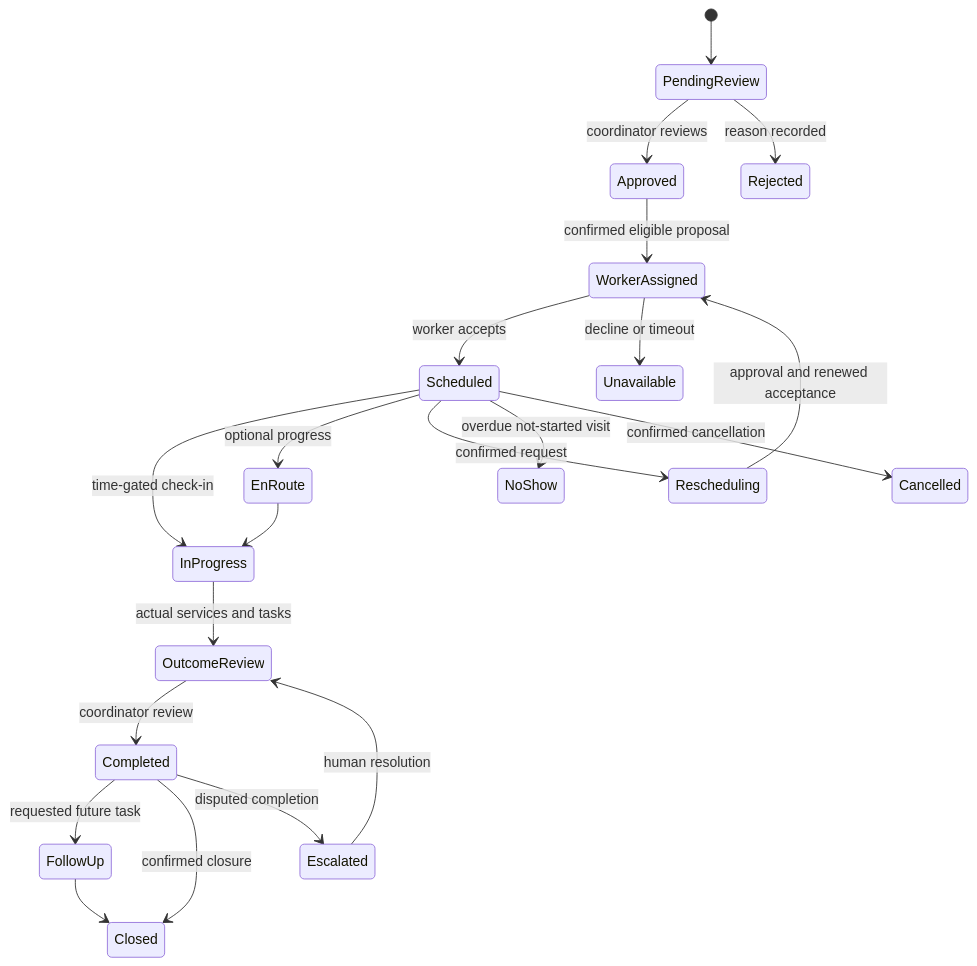
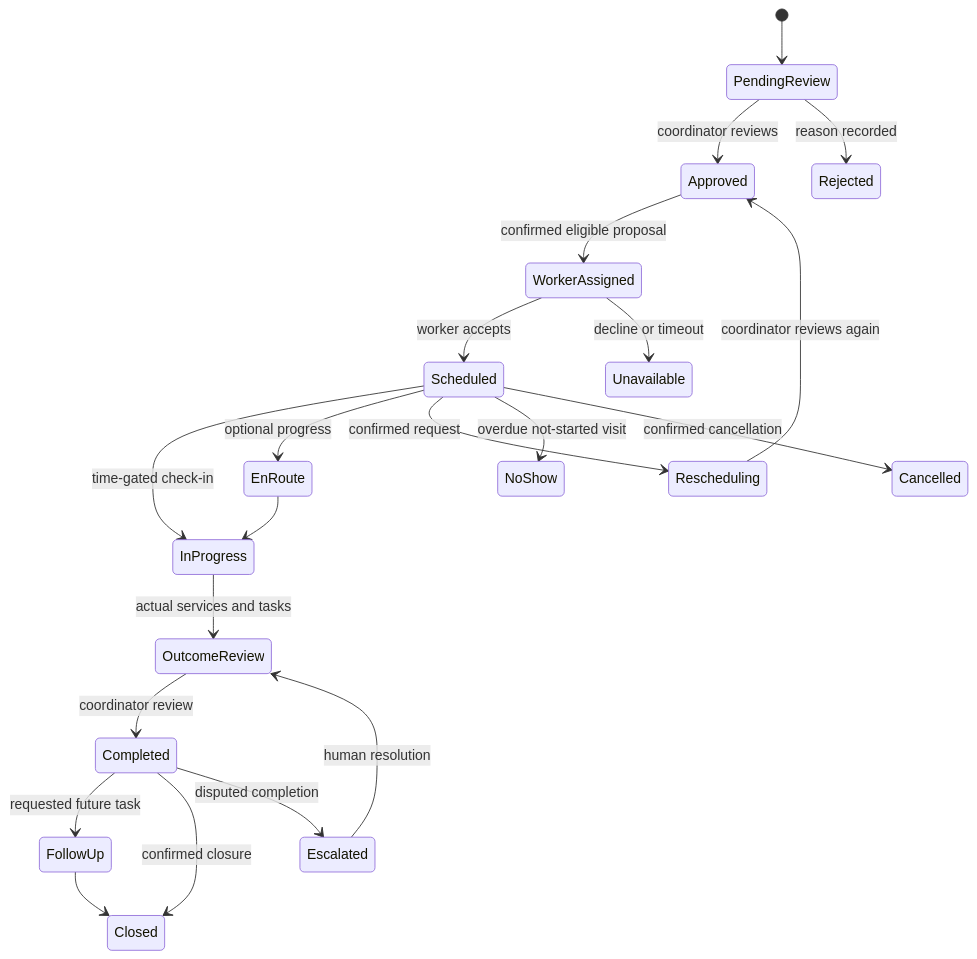
Before and after one commit to Dhroovs/YojanaSetu: the first of 2 diagrams in docs/SEVASETU_WORKFLOW.md, drawn with Mermaid. The commit also changed other lines of this file and 47 other files, not shown here.

````diff
--- a/docs/SEVASETU_WORKFLOW.md
+++ b/docs/SEVASETU_WORKFLOW.md
@@ -8,23 +8,23 @@
 ```mermaid
 stateDiagram-v2
   [*] --> PendingReview
   PendingReview --> Approved: coordinator reviews
   PendingReview --> Rejected: reason recorded
   Approved --> WorkerAssigned: confirmed eligible proposal
   WorkerAssigned --> Scheduled: worker accepts
   WorkerAssigned --> Unavailable: decline or timeout
   Scheduled --> InProgress: time-gated check-in
   Scheduled --> EnRoute: optional progress
   EnRoute --> InProgress
   InProgress --> OutcomeReview: actual services and tasks
   OutcomeReview --> Completed: coordinator review
   Completed --> FollowUp: requested future task
   Completed --> Closed: confirmed closure
   FollowUp --> Closed
   Scheduled --> Rescheduling: confirmed request
-  Rescheduling --> WorkerAssigned: approval and renewed acceptance
+  Rescheduling --> Approved: coordinator reviews again
   Scheduled --> NoShow: overdue not-started visit
   Scheduled --> Cancelled: confirmed cancellation
   Completed --> Escalated: disputed completion
   Escalated --> OutcomeReview: human resolution
 ```
````
